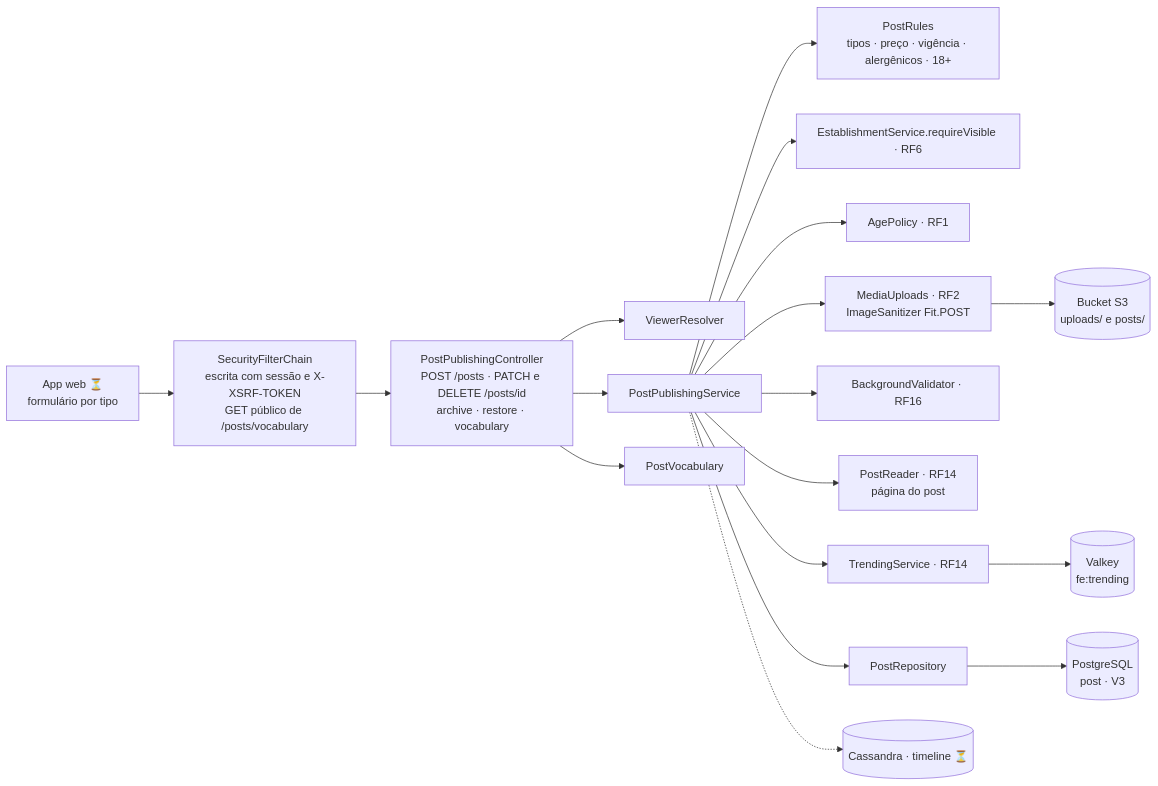
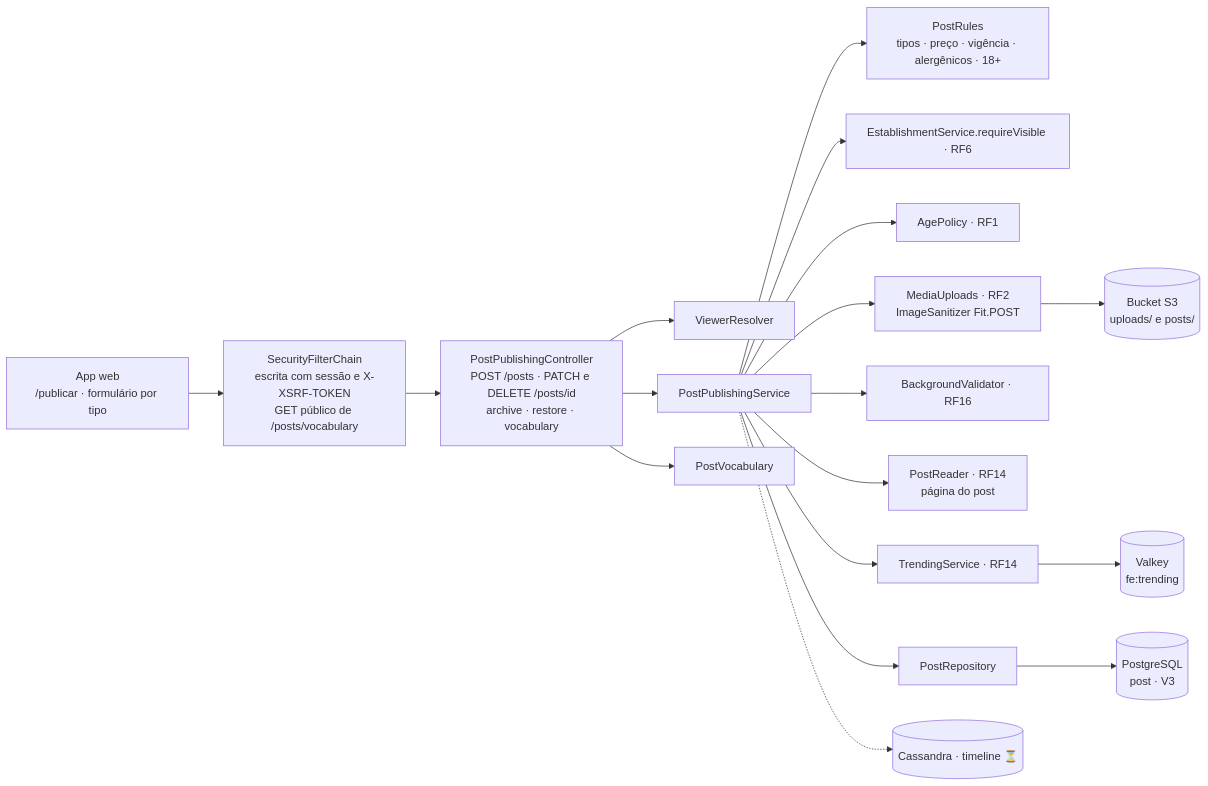
Before and after one commit to MatheusHaliski/Friendly-Eats: the diagram in docs/RF9/componentes.md, drawn with Mermaid. The commit also changed 94 other files, not shown here.

````diff
--- a/docs/RF9/componentes.md
+++ b/docs/RF9/componentes.md
@@ -3,20 +3,20 @@
 ```mermaid
 flowchart LR
-    APP["App web ⏳<br/>formulário por tipo"] --> SEC["SecurityFilterChain<br/>escrita com sessão e X-XSRF-TOKEN<br/>GET público de /posts/vocabulary"]
+    APP["App web<br/>/publicar · formulário por tipo"] --> SEC["SecurityFilterChain<br/>escrita com sessão e X-XSRF-TOKEN<br/>GET público de /posts/vocabulary"]
     SEC --> PC["PostPublishingController<br/>POST /posts · PATCH e DELETE /posts/id<br/>archive · restore · vocabulary"]
     PC --> VR["ViewerResolver"]
     PC --> PS["PostPublishingService"]
     PC --> PV["PostVocabulary"]
     PS --> RU["PostRules<br/>tipos · preço · vigência · alergênicos · 18+"]
     PS --> ES["EstablishmentService.requireVisible · RF6"]
     PS --> AP["AgePolicy · RF1"]
     PS --> MU["MediaUploads · RF2<br/>ImageSanitizer Fit.POST"]
     PS --> BV["BackgroundValidator · RF16"]
     PS --> RD["PostReader · RF14<br/>página do post"]
     PS --> TS["TrendingService · RF14"]
     PS --> PR["PostRepository"]
     PR --> PG[("PostgreSQL<br/>post · V3")]
     MU --> S3[("Bucket S3<br/>uploads/ e posts/")]
     TS --> VK[("Valkey<br/>fe:trending")]
     PS -.-> CS[("Cassandra · timeline ⏳")]
 ```
````
